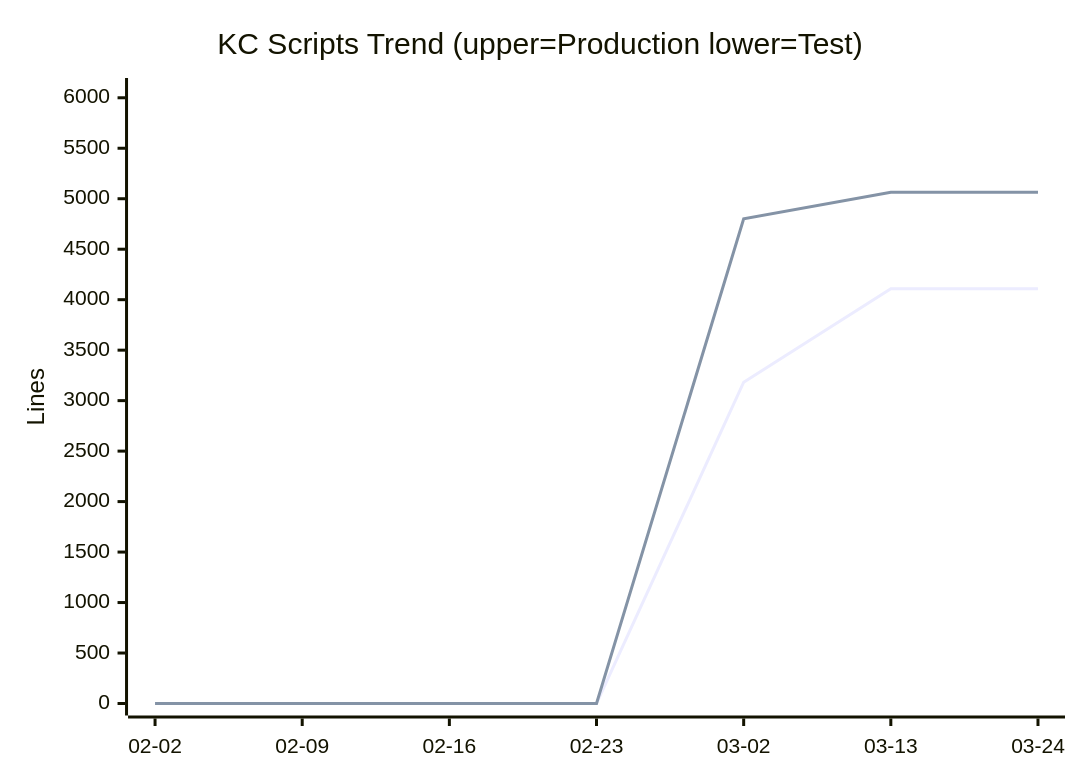
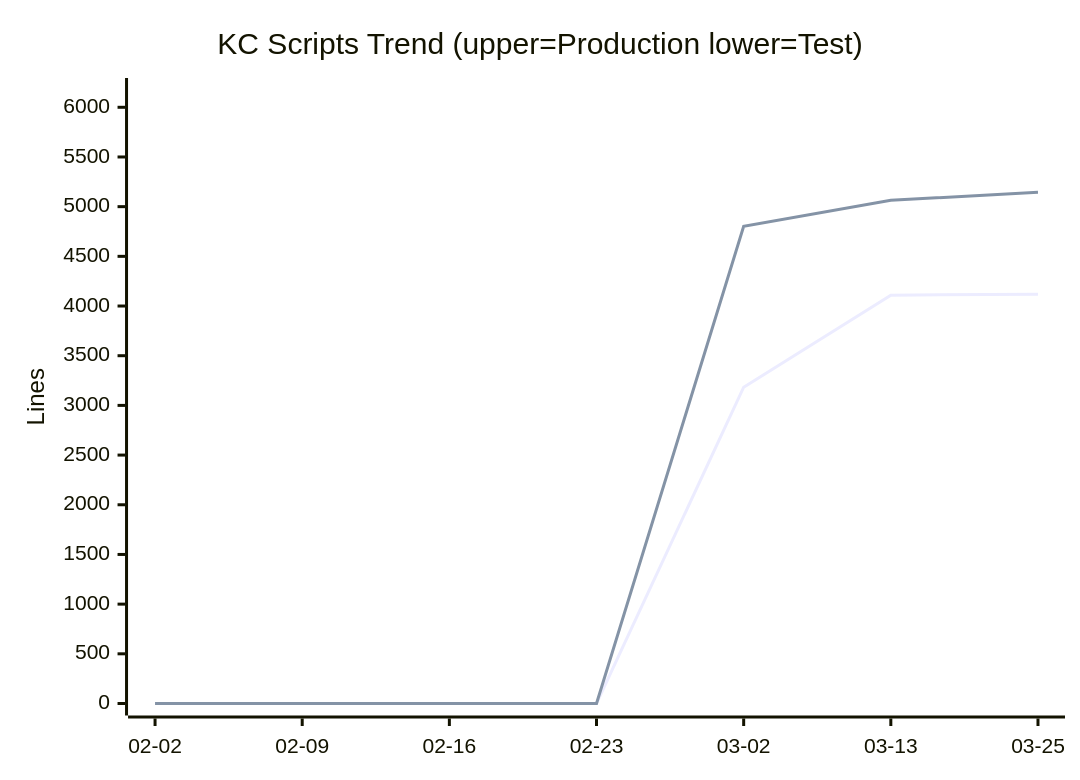
One commit to nablarch/nabledge-dev changed diagram 11 of 11 in docs/metrics.md. Above: the diagram before and after it, drawn with Mermaid. The commit also changed other lines of this file and 1 other file, not shown here.

Commit message:
experiment: add threshold lines to CFR chart

````diff
--- a/docs/metrics.md
+++ b/docs/metrics.md
@@ -121,8 +133,8 @@
 ```mermaid
 xychart-beta
   title "KC Scripts Trend (upper=Production  lower=Test)"
-  x-axis ["02-02", "02-09", "02-16", "02-23", "03-02", "03-13", "03-24"]
-  y-axis "Lines" 0 --> 6077
-  line [0, 0, 0, 0, 3183, 4109, 4109]
-  line [0, 0, 0, 0, 4802, 5064, 5064]
+  x-axis ["02-02", "02-09", "02-16", "02-23", "03-02", "03-13", "03-25"]
+  y-axis "Lines" 0 --> 6174
+  line [0, 0, 0, 0, 3183, 4109, 4119]
+  line [0, 0, 0, 0, 4802, 5064, 5145]
 ```
````
